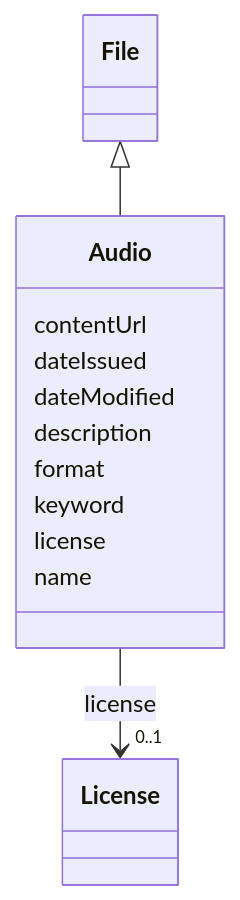
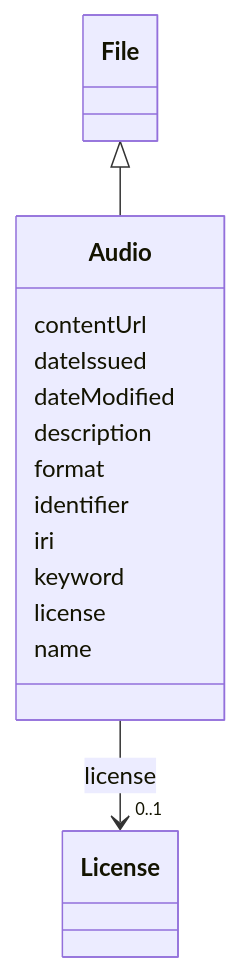
Before and after one commit to EVORA-project/evora-ontology: the diagram in models/docs/Audio.md, drawn with Mermaid. The commit also changed other lines of this file and 391 other files, not shown here.

````diff
--- a/models/docs/Audio.md
+++ b/models/docs/Audio.md
@@ -19,32 +19,36 @@
 ```mermaid
  classDiagram
     class Audio
     click Audio href "../Audio"
       File <|-- Audio
         click File href "../File"
       
       Audio : contentUrl
         
       Audio : dateIssued
         
       Audio : dateModified
         
       Audio : description
         
       Audio : format
         
+      Audio : identifier
+        
+      Audio : iri
+        
       Audio : keyword
         
       Audio : license
         
           
     
     
     Audio --> "0..1" License : license
     click License href "../License"
 
         
       Audio : name
         
       
 ```
````
